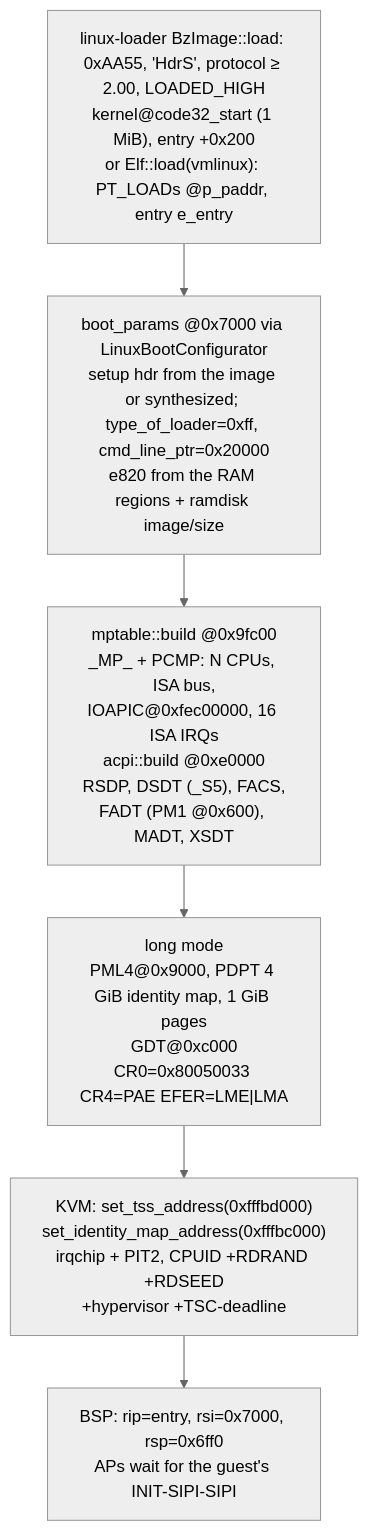
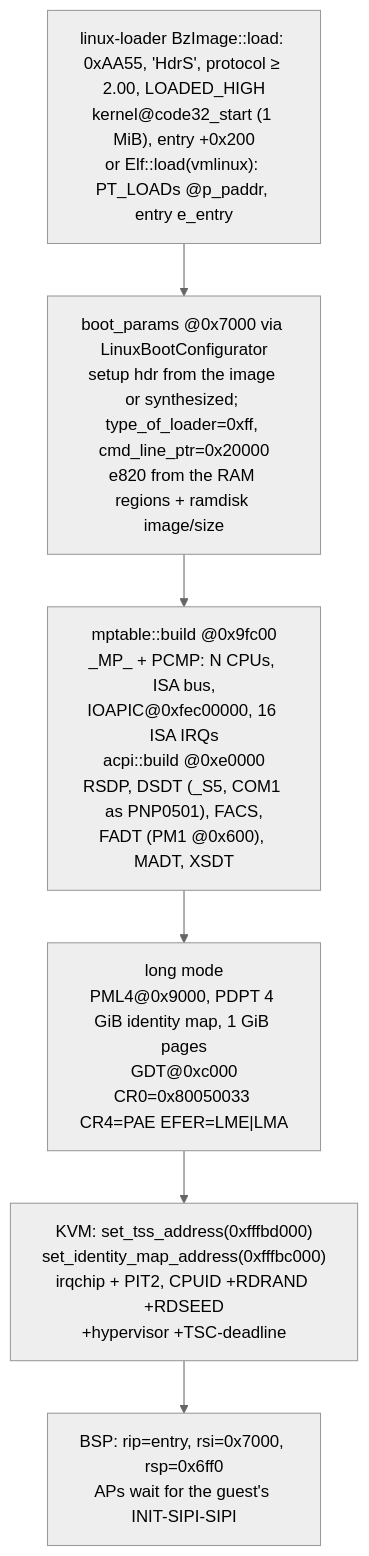
The third of 4 diagrams in docs/architecture.md (brig-sh/hvi-vmm), drawn with Mermaid (neutral theme) before and after one commit. The commit also changed other lines of this file and 3 other files, not shown here.

First line of the commit message:
docs(x86): Name COM1 as a PNP0501 device in the architecture docs

````diff
--- a/docs/architecture.md
+++ b/docs/architecture.md
@@ -272,9 +272,9 @@
 ```mermaid
 flowchart TB
     A["linux-loader BzImage::load: 0xAA55, 'HdrS', protocol ≥ 2.00, LOADED_HIGH<br/>kernel@code32_start (1 MiB), entry +0x200<br/>or Elf::load(vmlinux): PT_LOADs @p_paddr, entry e_entry"] --> B
     B["boot_params @0x7000 via LinuxBootConfigurator<br/>setup hdr from the image or synthesized; type_of_loader=0xff, cmd_line_ptr=0x20000<br/>e820 from the RAM regions + ramdisk image/size"] --> C
-    C["mptable::build @0x9fc00<br/>_MP_ + PCMP: N CPUs, ISA bus,<br/>IOAPIC@0xfec00000, 16 ISA IRQs<br/>acpi::build @0xe0000<br/>RSDP, DSDT (_S5), FACS,<br/>FADT (PM1 @0x600), MADT, XSDT"] --> D
+    C["mptable::build @0x9fc00<br/>_MP_ + PCMP: N CPUs, ISA bus,<br/>IOAPIC@0xfec00000, 16 ISA IRQs<br/>acpi::build @0xe0000<br/>RSDP, DSDT (_S5, COM1 as PNP0501), FACS,<br/>FADT (PM1 @0x600), MADT, XSDT"] --> D
     D["long mode<br/>PML4@0x9000, PDPT 4 GiB identity map, 1 GiB pages<br/>GDT@0xc000<br/>CR0=0x80050033 CR4=PAE EFER=LME|LMA"] --> E
     E["KVM: set_tss_address(0xfffbd000)<br/>set_identity_map_address(0xfffbc000)<br/>irqchip + PIT2, CPUID +RDRAND +RDSEED<br/>+hypervisor +TSC-deadline"] --> F
     F["BSP: rip=entry, rsi=0x7000, rsp=0x6ff0<br/>APs wait for the guest's INIT-SIPI-SIPI"]
 ```
````
